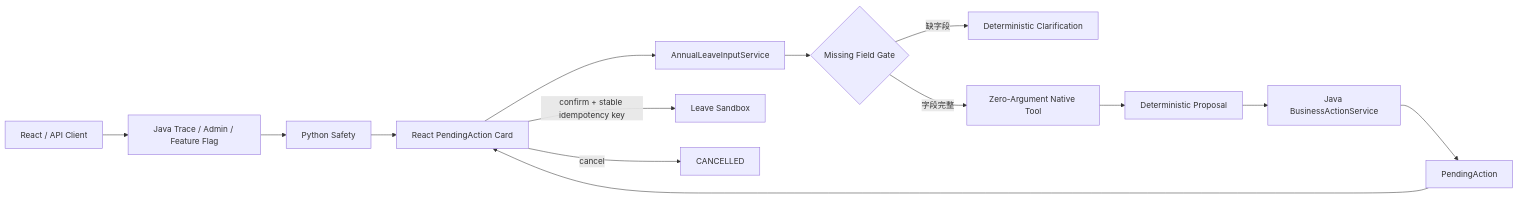
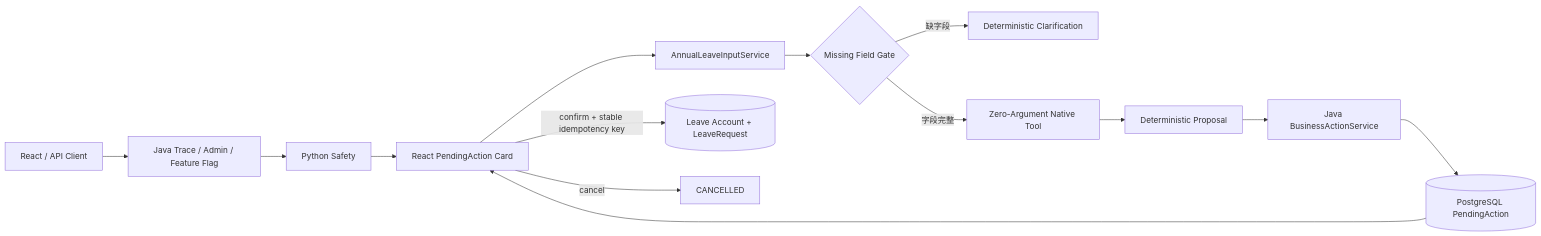
One commit to izz-BLUE/enterprise-ai-copilot changed the diagram in docs/controlled-business-actions.md. Above: the diagram before and after it, drawn with Mermaid. The commit also changed other lines of this file and 3 other files, not shown here.

Commit message:
docs(actions): document PostgreSQL persistence and recovery

````diff
--- a/docs/controlled-business-actions.md
+++ b/docs/controlled-business-actions.md
@@ -11,16 +11,16 @@
 ```mermaid
 flowchart LR
     U[React / API Client] --> J[Java Trace / Admin / Feature Flag]
     J --> S[Python Safety]
     S --> R[Deterministic Action Router]
     R --> I[AnnualLeaveInputService]
     I --> G{Missing Field Gate}
     G -->|缺字段| C[Deterministic Clarification]
     G -->|字段完整| T[Zero-Argument Native Tool]
     T --> P[Deterministic Proposal]
     P --> V[Java BusinessActionService]
-    V --> A[PendingAction]
+    V --> A[(PostgreSQL PendingAction)]
     A --> R[React PendingAction Card]
-    R -->|confirm + stable idempotency key| L[Leave Sandbox]
+    R -->|confirm + stable idempotency key| L[(Leave Account + LeaveRequest)]
     R -->|cancel| X[CANCELLED]
 ```
````
